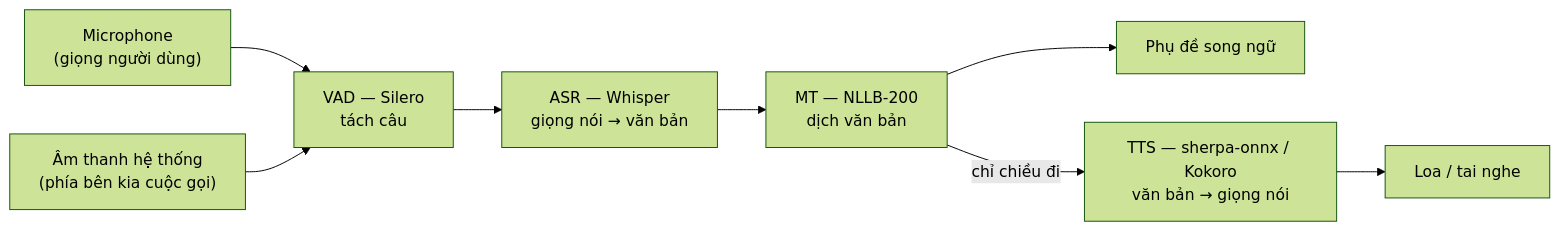
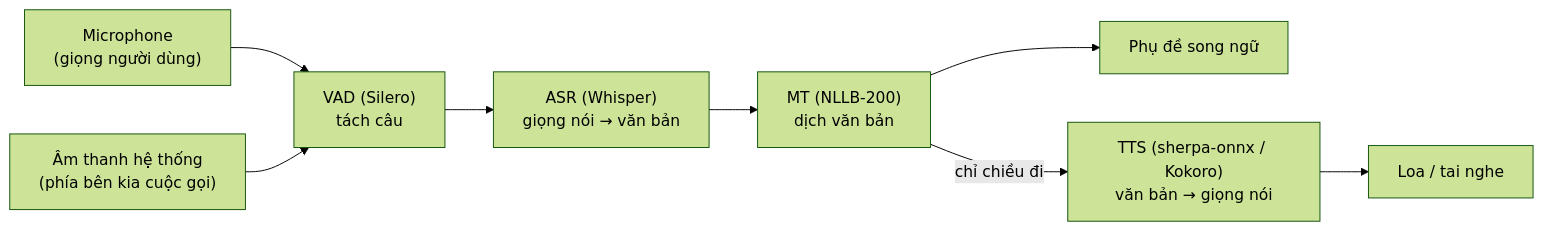
Before and after one commit to RokeyHung/local-live-voice-translator: the diagram in docs/gvhd/khoa-luan-hinh/src/h1-1-chuoi-xu-ly.mmd, drawn with Mermaid (forest theme). The commit also changed 32 other files, not shown here.

```diff
--- a/docs/gvhd/khoa-luan-hinh/src/h1-1-chuoi-xu-ly.mmd
+++ b/docs/gvhd/khoa-luan-hinh/src/h1-1-chuoi-xu-ly.mmd
@@ -1,8 +1,8 @@
 flowchart LR
     MIC["Microphone<br/>(giọng người dùng)"] --> VAD
     SYS["Âm thanh hệ thống<br/>(phía bên kia cuộc gọi)"] --> VAD
-    VAD["VAD — Silero<br/>tách câu"] --> ASR["ASR — Whisper<br/>giọng nói → văn bản"]
-    ASR --> MT["MT — NLLB-200<br/>dịch văn bản"]
+    VAD["VAD (Silero)<br/>tách câu"] --> ASR["ASR (Whisper)<br/>giọng nói → văn bản"]
+    ASR --> MT["MT (NLLB-200)<br/>dịch văn bản"]
     MT --> SUB["Phụ đề song ngữ"]
-    MT -->|"chỉ chiều đi"| TTS["TTS — sherpa-onnx / Kokoro<br/>văn bản → giọng nói"]
+    MT -->|"chỉ chiều đi"| TTS["TTS (sherpa-onnx / Kokoro)<br/>văn bản → giọng nói"]
     TTS --> SPK["Loa / tai nghe"]
```
